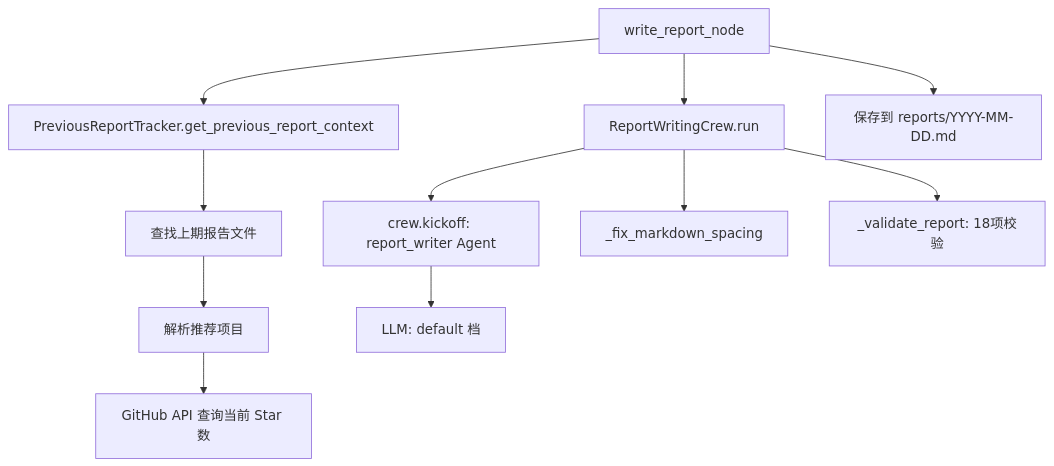
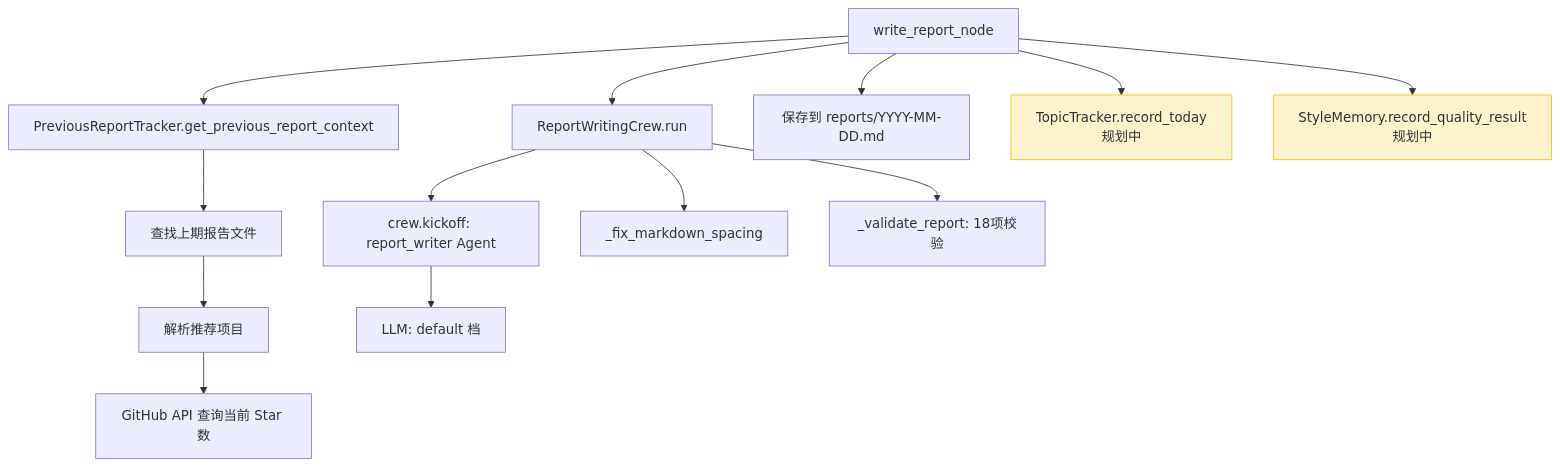
The fifth of 6 diagrams in doc/ai-trending-requirements.md (qwzhang01/ai_trending), drawn with Mermaid before and after one commit. The commit also changed other lines of this file and 40 other files, not shown here.

````diff
--- a/doc/ai-trending-requirements.md
+++ b/doc/ai-trending-requirements.md
@@ -347,13 +410,18 @@
 ```mermaid
 graph TD
     A[write_report_node] --> B[PreviousReportTracker.get_previous_report_context]
     B --> C[查找上期报告文件]
     C --> D[解析推荐项目]
     D --> E[GitHub API 查询当前 Star 数]
     A --> F[ReportWritingCrew.run]
     F --> G[crew.kickoff: report_writer Agent]
     G --> H[LLM: default 档]
     F --> I[_fix_markdown_spacing]
     F --> J[_validate_report: 18项校验]
     A --> K[保存到 reports/YYYY-MM-DD.md]
+    A --> TT[TopicTracker.record_today<br>规划中]
+    A --> SM[StyleMemory.record_quality_result<br>规划中]
+    
+    style TT fill:#fff3cd,stroke:#ffc107
+    style SM fill:#fff3cd,stroke:#ffc107
 ```
````
